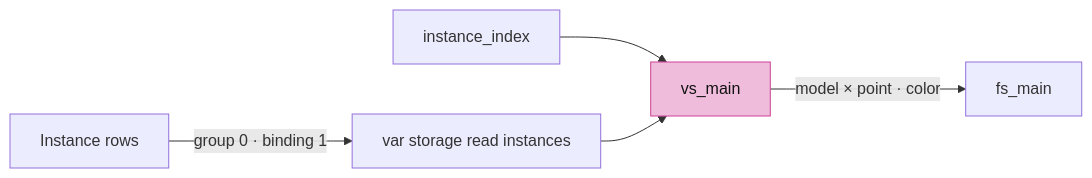
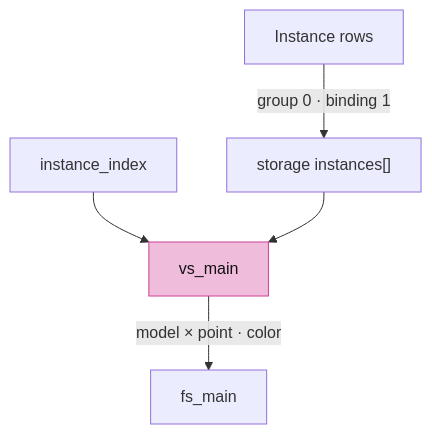
One commit to petrasvestartas/session changed the fifth of 6 diagrams in session_viewer/docs/03-identity.md. Above: the diagram before and after it, drawn with Mermaid. The commit also changed other lines of this file and 34 other files, not shown here.

First line of the commit message:
Course: each lesson teaches its file's final form; diagrams fit the column

````diff
--- a/session_viewer/docs/03-identity.md
+++ b/session_viewer/docs/03-identity.md
@@ -91,8 +91,8 @@
 ```mermaid
-flowchart LR
-    I["Instance rows"] -- "group 0 · binding 1" --> B["var storage read instances"]
+flowchart TB
+    I["Instance rows"] -- "group 0 · binding 1" --> B["storage instances[]"]
     R["instance_index"] --> V["vs_main"]
     B --> V
     V -- "model × point · color" --> F["fs_main"]
     style V fill:#f0bcdb,stroke:#ce4095,color:#111
 ```
````
